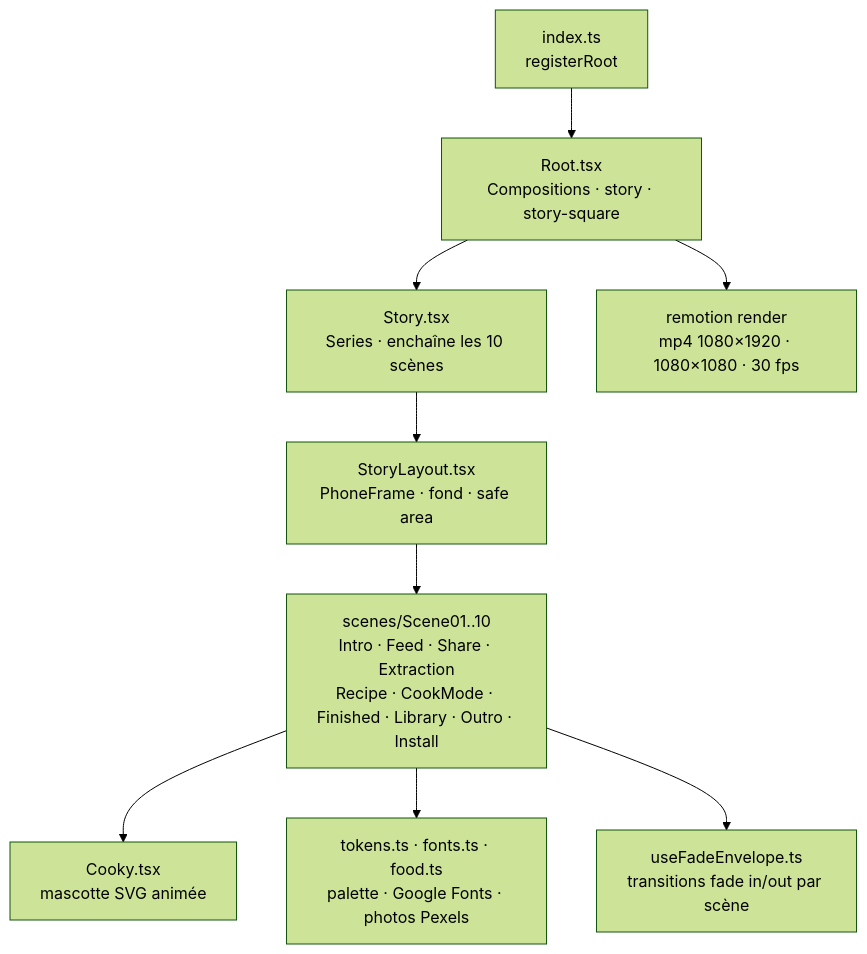
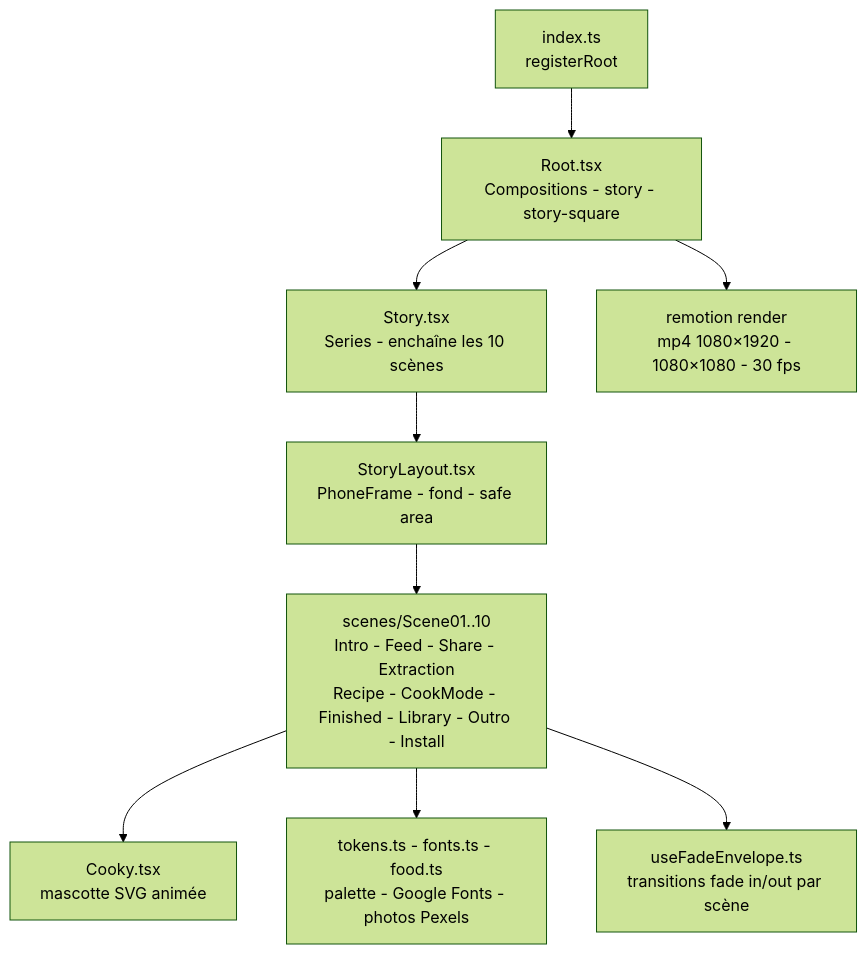
One commit to Adam-Blf/let-me-cook-story changed the diagram in README.md. Above: the diagram before and after it, drawn with Mermaid (forest theme). The commit also changed other lines of this file, not shown here.

````diff
--- a/README.md
+++ b/README.md
@@ -19,21 +19,21 @@
 ```mermaid
 flowchart TB
     Entry["index.ts<br/>registerRoot"]
-    Root["Root.tsx<br/>Compositions · story · story-square"]
-    Story["Story.tsx<br/>Series · enchaîne les 10 scènes"]
-    Layout["StoryLayout.tsx<br/>PhoneFrame · fond · safe area"]
-    Scenes["scenes/Scene01..10<br/>Intro · Feed · Share · Extraction<br/>Recipe · CookMode · Finished · Library · Outro · Install"]
+    Root["Root.tsx<br/>Compositions - story - story-square"]
+    Story["Story.tsx<br/>Series - enchaîne les 10 scènes"]
+    Layout["StoryLayout.tsx<br/>PhoneFrame - fond - safe area"]
+    Scenes["scenes/Scene01..10<br/>Intro - Feed - Share - Extraction<br/>Recipe - CookMode - Finished - Library - Outro - Install"]
     Cooky["Cooky.tsx<br/>mascotte SVG animée"]
-    Tokens["tokens.ts · fonts.ts · food.ts<br/>palette · Google Fonts · photos Pexels"]
+    Tokens["tokens.ts - fonts.ts - food.ts<br/>palette - Google Fonts - photos Pexels"]
     Fade["useFadeEnvelope.ts<br/>transitions fade in/out par scène"]
-    Render["remotion render<br/>mp4 1080×1920 · 1080×1080 · 30 fps"]
+    Render["remotion render<br/>mp4 1080×1920 - 1080×1080 - 30 fps"]
 
     Entry --> Root
     Root --> Story
     Story --> Layout
     Layout --> Scenes
     Scenes --> Cooky
     Scenes --> Tokens
     Scenes --> Fade
     Root --> Render
 ```
````
